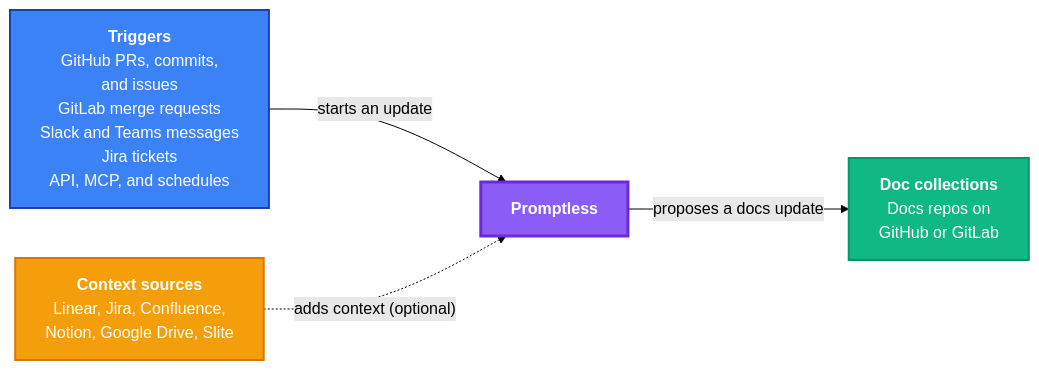
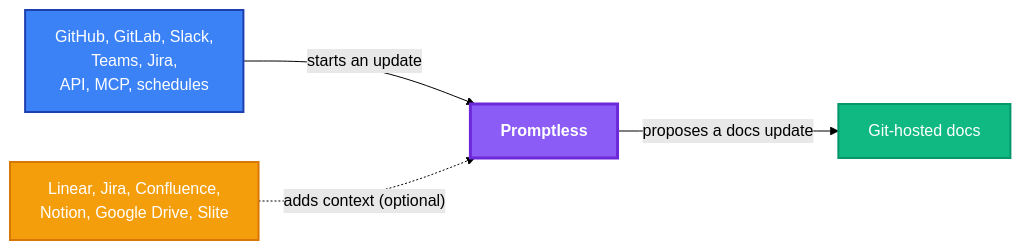
The diagram in src/diagrams/how-it-works.mmd (Promptless/promptless.ai), drawn with Mermaid (forest theme) before and after one commit. The commit also changed 1 other file, not shown here.

Commit message:
docs: Simplify How Promptless works diagram and fix clipped labels

```diff
--- a/src/diagrams/how-it-works.mmd
+++ b/src/diagrams/how-it-works.mmd
@@ -1,16 +1,20 @@
-%% mmdc-width: 900
+---
+config:
+  fontFamily: "arial, helvetica, sans-serif"
+---
+%% mmdc-width: 800
 
 flowchart LR
-  TRIGGERS["<b>Triggers</b><br/>GitHub PRs, commits,<br/>and issues<br/>GitLab merge requests<br/>Slack and Teams messages<br/>Jira tickets<br/>API, MCP, and schedules"]
-  CONTEXT["<b>Context sources</b><br/>Linear, Jira, Confluence,<br/>Notion, Google Drive, Slite"]
+  TRIGGERS["GitHub, GitLab, Slack,<br/>Teams, Jira,<br/>API, MCP, schedules"]
+  CONTEXT["Linear, Jira, Confluence,<br/>Notion, Google Drive, Slite"]
   PROMPTLESS["<b>Promptless</b>"]
-  DOCS["<b>Doc collections</b><br/>Docs repos on<br/>GitHub or GitLab"]
+  DOCS["Git-hosted docs"]
 
   TRIGGERS -- "starts an update" --> PROMPTLESS
   CONTEXT -. "adds context (optional)" .-> PROMPTLESS
   PROMPTLESS -- "proposes a docs update" --> DOCS
 
   style TRIGGERS fill:#3b82f6,stroke:#1e40af,stroke-width:2px,color:#fff
   style CONTEXT fill:#f59e0b,stroke:#d97706,stroke-width:2px,color:#fff
   style PROMPTLESS fill:#8b5cf6,stroke:#6d28d9,stroke-width:3px,color:#fff
   style DOCS fill:#10b981,stroke:#059669,stroke-width:2px,color:#fff
```
